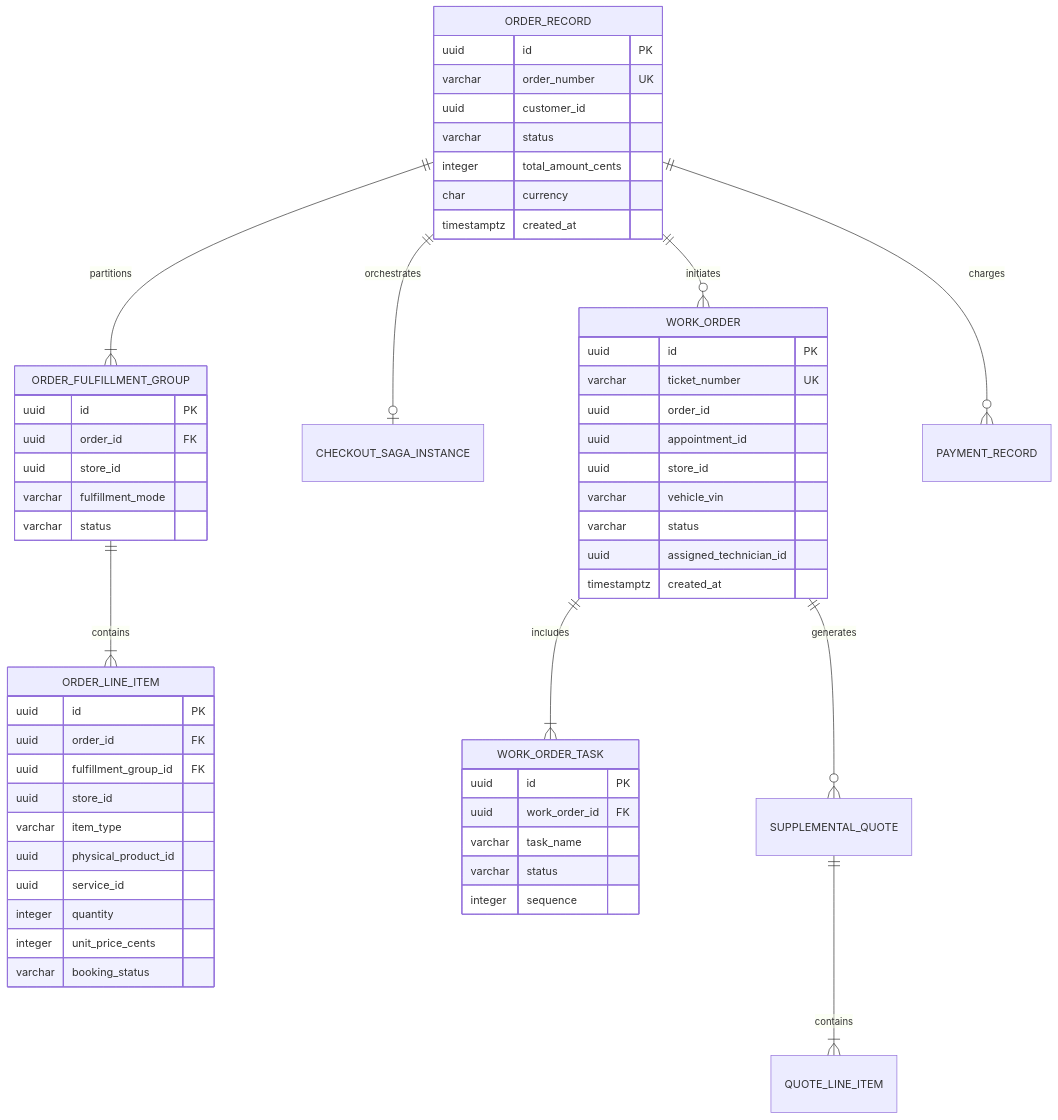
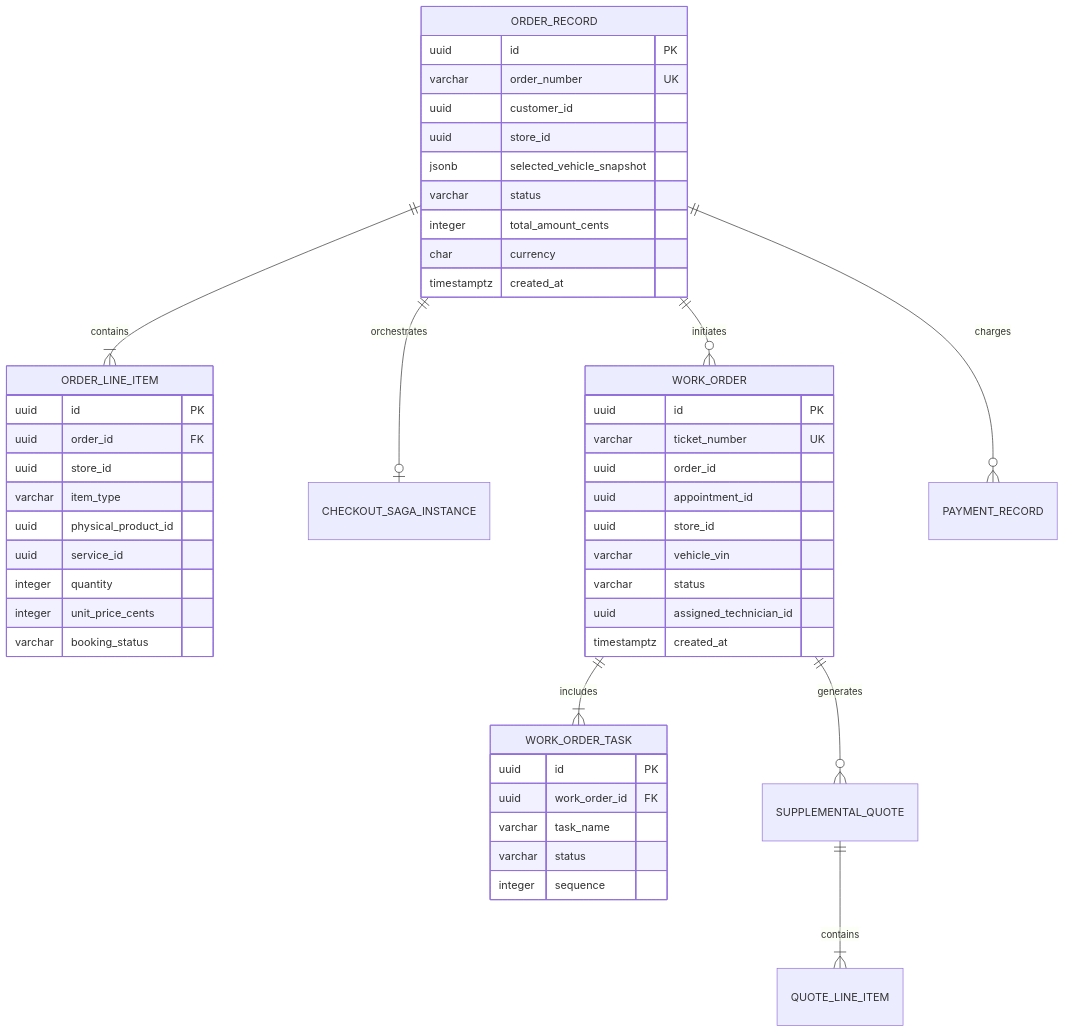
One commit to basic-app-dev/tire-store-app changed the diagram in docs/architecture/service-blueprints/data-definitions/services/automotive-operations.md. Above: the diagram before and after it, drawn with Mermaid. The commit also changed other lines of this file and 26 other files, not shown here.

````diff
--- a/docs/architecture/service-blueprints/data-definitions/services/automotive-operations.md
+++ b/docs/architecture/service-blueprints/data-definitions/services/automotive-operations.md
@@ -14,62 +14,54 @@
 ```mermaid
 erDiagram
-    ORDER_RECORD ||--|{ ORDER_FULFILLMENT_GROUP : partitions
-    ORDER_FULFILLMENT_GROUP ||--|{ ORDER_LINE_ITEM : contains
+    ORDER_RECORD ||--|{ ORDER_LINE_ITEM : contains
     ORDER_RECORD ||--o| CHECKOUT_SAGA_INSTANCE : orchestrates
     ORDER_RECORD ||--o{ WORK_ORDER : initiates
     WORK_ORDER ||--|{ WORK_ORDER_TASK : includes
     WORK_ORDER ||--o{ SUPPLEMENTAL_QUOTE : generates
     SUPPLEMENTAL_QUOTE ||--|{ QUOTE_LINE_ITEM : contains
     ORDER_RECORD ||--o{ PAYMENT_RECORD : charges
 
     ORDER_RECORD {
         uuid id PK
         varchar order_number UK
         uuid customer_id
+        uuid store_id
+        jsonb selected_vehicle_snapshot
         varchar status
         integer total_amount_cents
         char currency
         timestamptz created_at
     }
 
-    ORDER_FULFILLMENT_GROUP {
-        uuid id PK
-        uuid order_id FK
-        uuid store_id
-        varchar fulfillment_mode
-        varchar status
-    }
-
     ORDER_LINE_ITEM {
         uuid id PK
         uuid order_id FK
-        uuid fulfillment_group_id FK
         uuid store_id
         varchar item_type
         uuid physical_product_id
         uuid service_id
         integer quantity
         integer unit_price_cents
         varchar booking_status
     }
 
     WORK_ORDER {
         uuid id PK
         varchar ticket_number UK
         uuid order_id
         uuid appointment_id
         uuid store_id
         varchar vehicle_vin
         varchar status
         uuid assigned_technician_id
         timestamptz created_at
     }
 
     WORK_ORDER_TASK {
         uuid id PK
         uuid work_order_id FK
         varchar task_name
         varchar status
         integer sequence
     }
 ```
````
